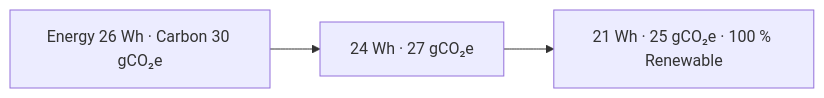
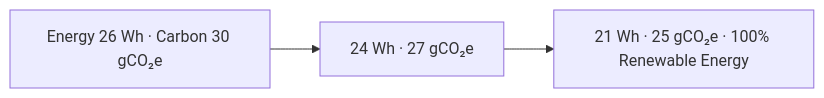
Before and after one commit to bartytime4life/Kansas-Frontier-Matrix: the second of 2 diagrams in .github/README.md, drawn with Mermaid. The commit also changed other lines of this file, not shown here.

````diff
--- a/.github/README.md
+++ b/.github/README.md
@@ -121,5 +133,5 @@
 ```mermaid
 graph LR
 Q2_2025["Energy 26 Wh · Carbon 30 gCO₂e"]-->Q3_2025["24 Wh · 27 gCO₂e"]
-Q3_2025-->Q4_2025["21 Wh · 25 gCO₂e · 100 % Renewable"]
+Q3_2025-->Q4_2025["21 Wh · 25 gCO₂e · 100% Renewable Energy"]
 ```
````
